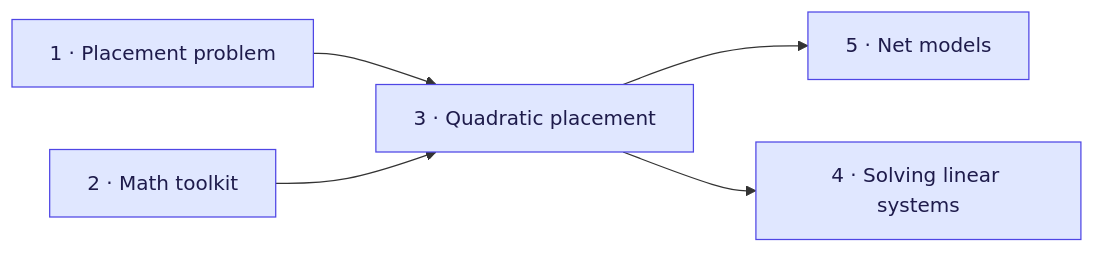
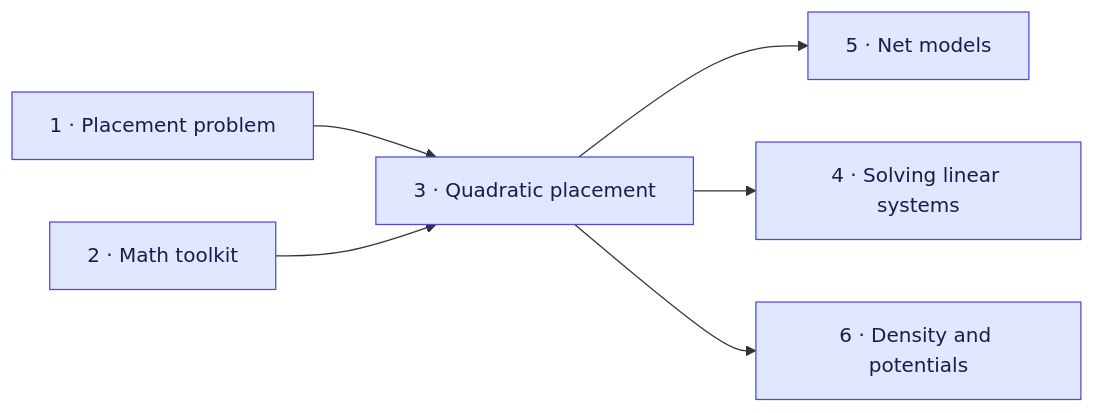
The diagram in docs/foundations/README.md (coherent17/KTPlace), drawn with Mermaid before and after one commit. The commit also changed other lines of this file and 34 other files, not shown here.

````diff
--- a/docs/foundations/README.md
+++ b/docs/foundations/README.md
@@ -22,13 +23,14 @@
 ```mermaid
 flowchart LR
     f1["1 · Placement problem"]:::found --> f3["3 · Quadratic placement"]:::found
     f2["2 · Math toolkit"]:::found --> f3
     f3 --> f5["5 · Net models"]:::found
     f3 --> f4["4 · Solving linear systems"]:::found
+    f3 --> f6["6 · Density and potentials"]:::found
     classDef io fill:#fef3c7,stroke:#d97706,color:#451a03
     classDef stage fill:#ccfbf1,stroke:#0f766e,color:#042f2e
     classDef found fill:#e0e7ff,stroke:#4f46e5,color:#1e1b4b
     classDef simpl fill:#fce7f3,stroke:#db2777,color:#500724
     classDef mov fill:#dbeafe,stroke:#2563eb,color:#172554
     classDef fixed fill:#e5e7eb,stroke:#374151,color:#111827
 ```
````
